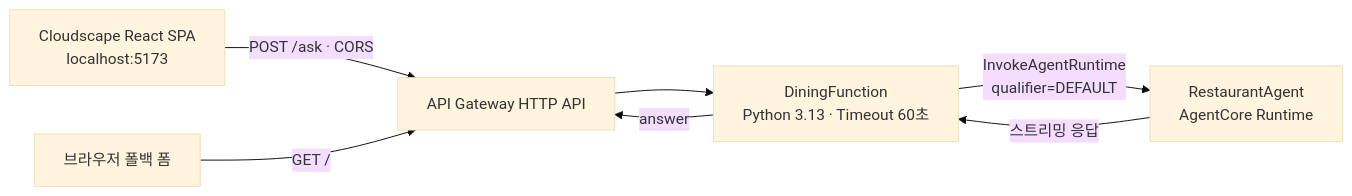
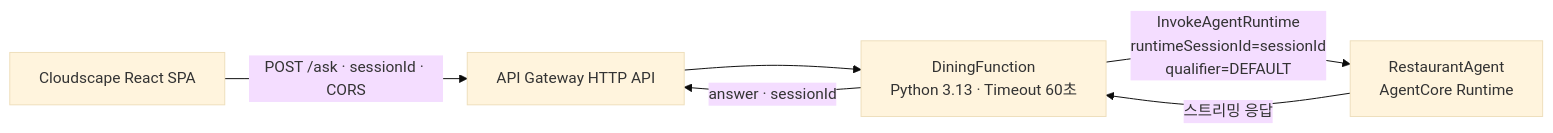
The second of 5 diagrams in README.md (clialim/restaurant-agent-agentcore), drawn with Mermaid (base theme) before and after one commit. The commit also changed other lines of this file, not shown here.

````diff
--- a/README.md
+++ b/README.md
@@ -102,9 +102,8 @@
 ```mermaid
 flowchart LR
-    SPA[Cloudscape React SPA<br/>localhost:5173] -->|POST /ask · CORS| Api[API Gateway HTTP API]
-    Browser[브라우저 폴백 폼] -->|GET /| Api
+    SPA[Cloudscape React SPA] -->|POST /ask · sessionId · CORS| Api[API Gateway HTTP API]
     Api --> Lambda[DiningFunction<br/>Python 3.13 · Timeout 60초]
-    Lambda -->|InvokeAgentRuntime<br/>qualifier=DEFAULT| AgentCore[RestaurantAgent<br/>AgentCore Runtime]
+    Lambda -->|InvokeAgentRuntime<br/>runtimeSessionId=sessionId<br/>qualifier=DEFAULT| AgentCore[RestaurantAgent<br/>AgentCore Runtime]
     AgentCore -->|스트리밍 응답| Lambda
-    Lambda -->|answer| Api
+    Lambda -->|answer · sessionId| Api
 ```
````
